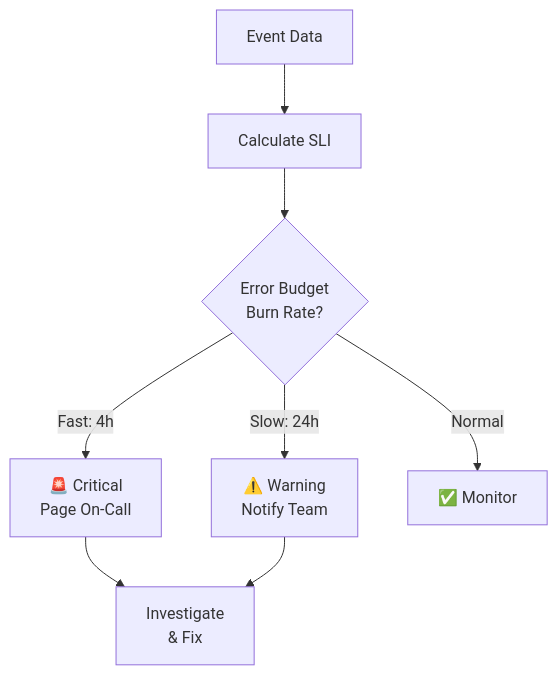
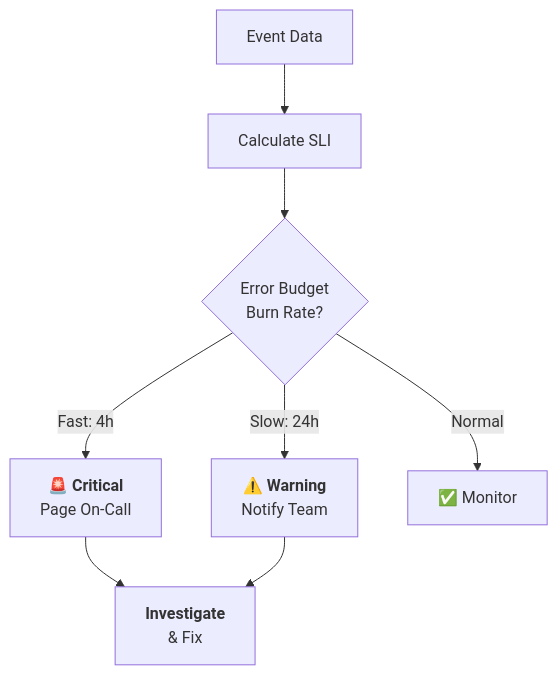
Before and after one commit to tallyfy/documentation: the diagram in src/content/docs/manufactory/best-practices/setting-up-alerts-and-slos.mdx, drawn with Mermaid. The commit also changed 22 other files, not shown here.

Commit message:
Adding changes to Mermaid

````diff
--- a/src/content/docs/manufactory/best-practices/setting-up-alerts-and-slos.mdx
+++ b/src/content/docs/manufactory/best-practices/setting-up-alerts-and-slos.mdx
@@ -68,15 +68,18 @@
 ```mermaid
 flowchart TD
     Events[Event Data] --> SLI[Calculate SLI]
     SLI --> Budget{Error Budget<br/>Burn Rate?}
     
-    Budget -->|Fast: 4h| Critical[🚨 Critical<br/>Page On-Call]
-    Budget -->|Slow: 24h| Warning[⚠️ Warning<br/>Notify Team]
-    Budget -->|Normal| OK[✅ Monitor]
+    Budget -->|"`Fast: 4h`"| Critical["`**🚨 Critical**
+Page On-Call`"]
+    Budget -->|"`Slow: 24h`"| Warning["`**⚠️ Warning**
+Notify Team`"]
+    Budget -->|"`Normal`"| OK[✅ Monitor]
     
-    Critical --> Fix[Investigate<br/>& Fix]
+    Critical --> Fix["`**Investigate**
+& Fix`"]
     Warning --> Fix
     
     click SLI "/products/manufactory/best-practices/what-is-observability/" "Learn about observability"
     click Fix "/products/manufactory/actors/" "Understanding Manufactory actors"
 ```
````
